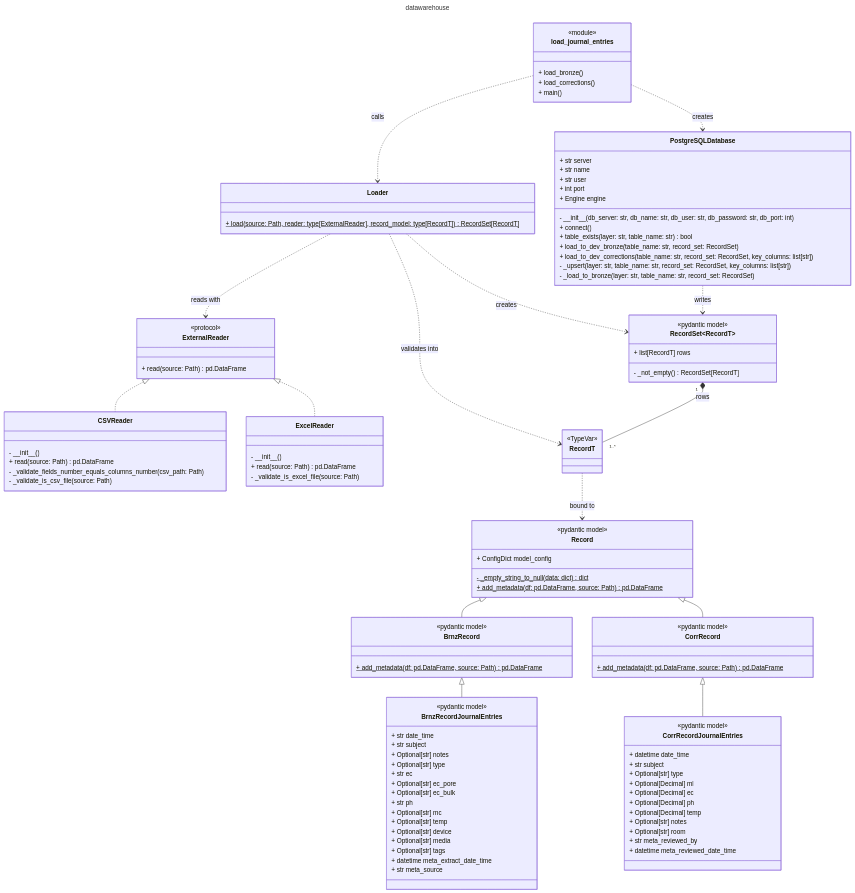
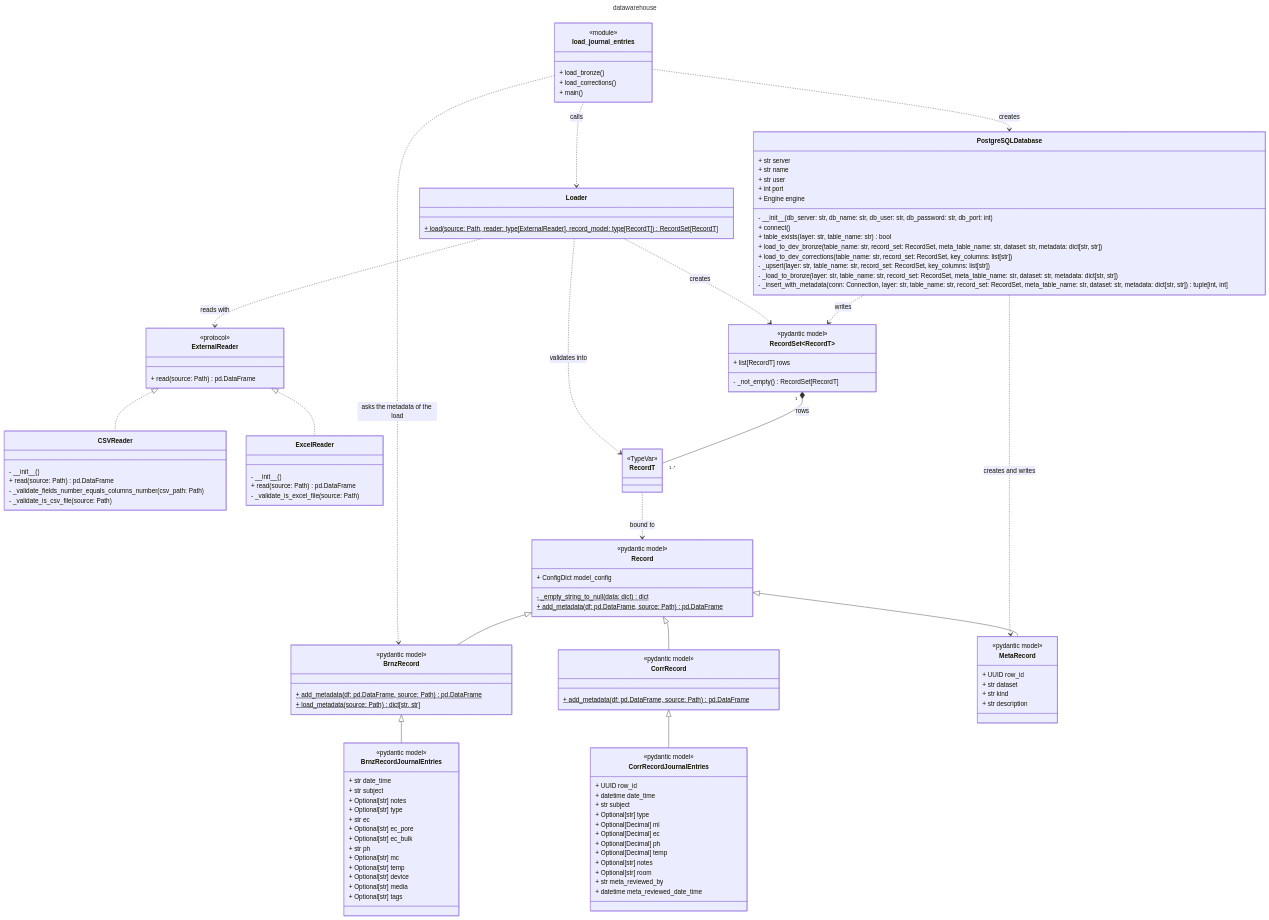
One commit to le1douglas/DataWarehouse changed the diagram in docs/CLASS_DIAGRAM.md. Above: the diagram before and after it, drawn with Mermaid. The commit also changed other lines of this file and 15 other files, not shown here.

First line of the commit message:
bronze load writes its metadata to meta_bronze instead of meta_ columns

````diff
--- a/docs/CLASS_DIAGRAM.md
+++ b/docs/CLASS_DIAGRAM.md
@@ -29,10 +29,11 @@
         - \_\_init__(db_server: str, db_name: str, db_user: str, db_password: str, db_port: int)
         + connect()
         + table_exists(layer: str, table_name: str) bool
-        + load_to_dev_bronze(table_name: str, record_set: RecordSet)
+        + load_to_dev_bronze(table_name: str, record_set: RecordSet, meta_table_name: str, dataset: str, metadata: dict[str, str])
         + load_to_dev_corrections(table_name: str, record_set: RecordSet, key_columns: list[str])
         - \_upsert(layer: str, table_name: str, record_set: RecordSet, key_columns: list[str])
-        - \_load_to_bronze(layer: str, table_name: str, record_set: RecordSet)
+        - \_load_to_bronze(layer: str, table_name: str, record_set: RecordSet, meta_table_name: str, dataset: str, metadata: dict[str, str])
+        - \_insert_with_metadata(conn: Connection, layer: str, table_name: str, record_set: RecordSet, meta_table_name: str, dataset: str, metadata: dict[str, str]) tuple[int, int]
     }
 
     class ExternalReader {
@@ -73,6 +74,7 @@
     class BrnzRecord {
         <<pydantic model>>
         + add_metadata(df: pd.DataFrame, source: Path) pd.DataFrame$
+        + load_metadata(source: Path) dict[str, str]$
     }
 
     class CorrRecord {
@@ -95,12 +97,19 @@
         + Optional[str] device
         + Optional[str] media
         + Optional[str] tags
-        + datetime meta_extract_date_time
-        + str meta_source
+    }
+
+    class MetaRecord {
+        <<pydantic model>>
+        + UUID row_id
+        + str dataset
+        + str kind
+        + str description
     }
 
     class CorrRecordJournalEntries {
         <<pydantic model>>
+        + UUID row_id
         + datetime date_time
         + str subject
         + Optional[str] type
@@ -116,11 +125,13 @@
 
     load_journal_entries ..> Loader : calls
     load_journal_entries ..> PostgreSQLDatabase : creates
+    load_journal_entries ..> BrnzRecord : asks the metadata of the load
 
     Loader ..> ExternalReader : reads with
     Loader ..> RecordSet : creates
     Loader ..> RecordT : validates into
     PostgreSQLDatabase ..> RecordSet : writes
+    PostgreSQLDatabase ..> MetaRecord : creates and writes
 
     ExternalReader <|.. CSVReader
     ExternalReader <|.. ExcelReader
@@ -130,6 +141,7 @@
 
     Record <|-- BrnzRecord
     Record <|-- CorrRecord
+    Record <|-- MetaRecord
     BrnzRecord <|-- BrnzRecordJournalEntries
     CorrRecord <|-- CorrRecordJournalEntries
 ```
````
